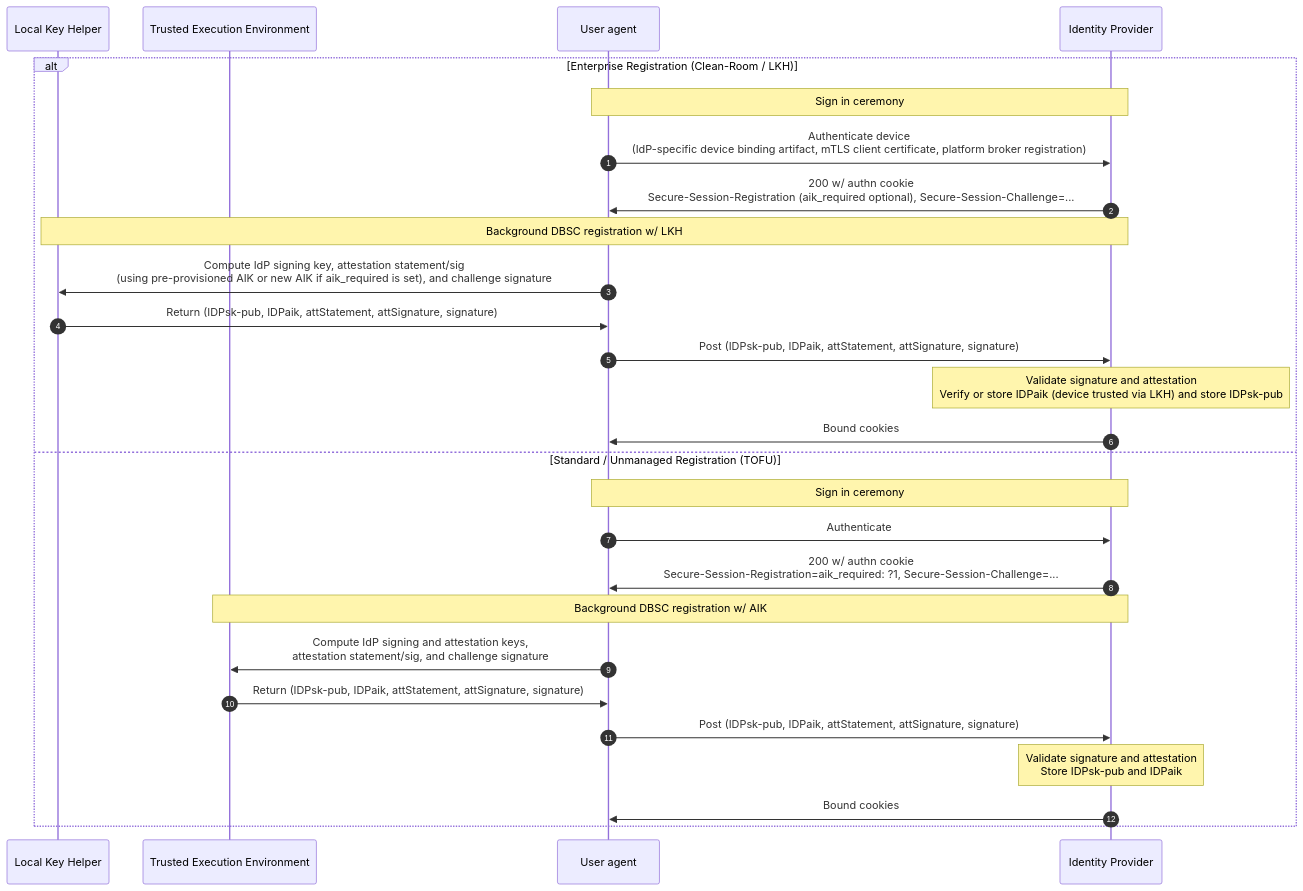
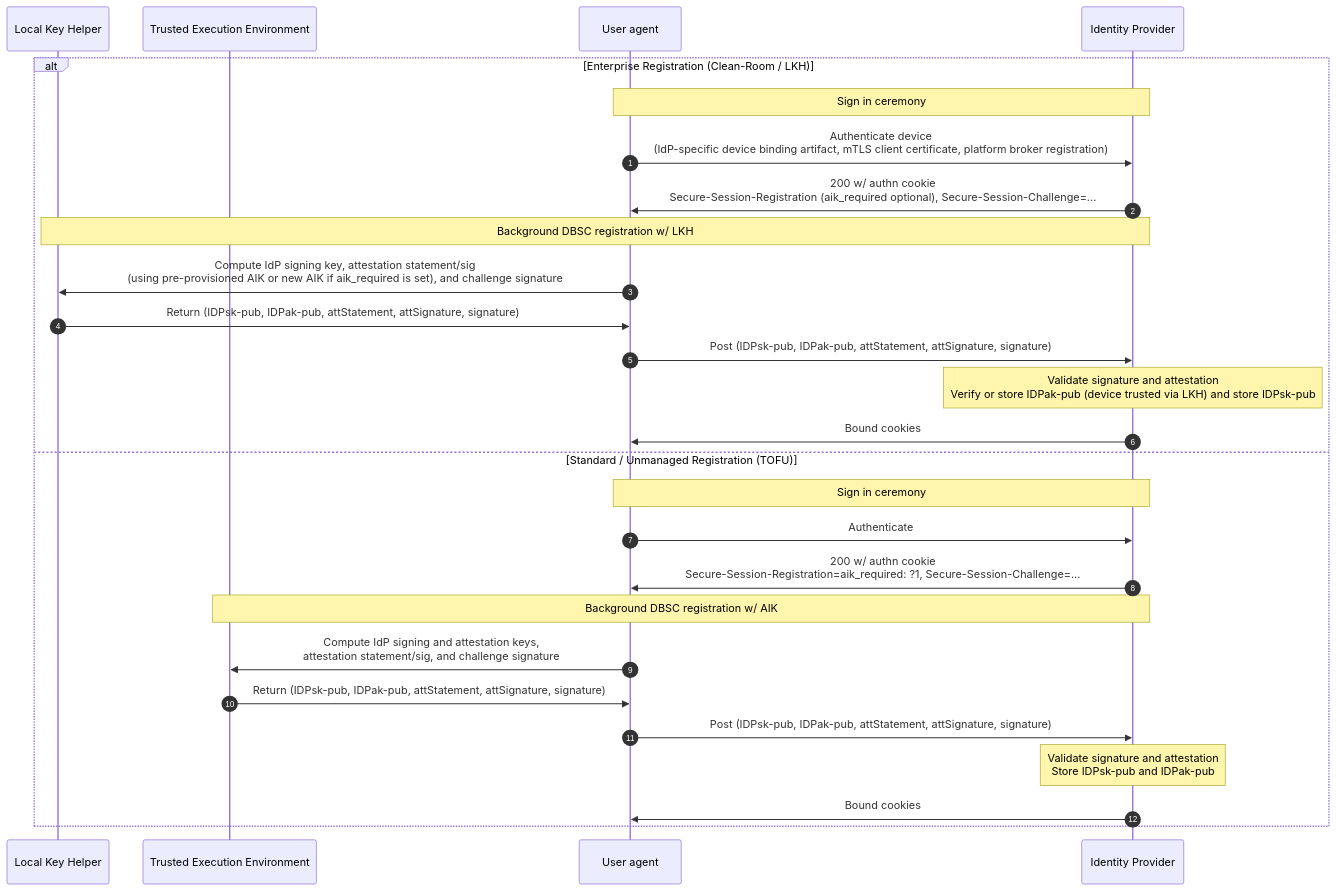
Before and after one commit to lucasrsant/dbsc-sso: the third of 4 diagrams in README.md, drawn with Mermaid. The commit also changed other lines of this file, not shown here.

Commit message:
Clarify IDPak-pub diagram notation and clean-room `alg`/`fmt` verification.
- Replace `IDPaik` with `IDPak-pub` in the IdP session initialization sequence
  diagram for symmetry with `IDPsk-pub`.
- Clarify in the Relying Party's session initialization section that at
  registration time, alg and fmt have no prior state to compare against when
  registering a new attestation key (`aik_required: ?1`), whereas on the
  clean-room path they are verified against the pre-provisioned enterprise
  device record.

````diff
--- a/README.md
+++ b/README.md
@@ -242,31 +242,31 @@
 ```mermaid
 sequenceDiagram
 	autonumber
 	
 	participant l as Local Key Helper
 	participant t as Trusted Execution Environment
 	participant u as User agent
 	participant i as Identity Provider
 	
 	alt Enterprise Registration (Clean-Room / LKH)
 		note over u, i: Sign in ceremony
 		u->>i: Authenticate device<br>(IdP-specific device binding artifact, mTLS client certificate, platform broker registration)
 		i->>u: 200 w/ authn cookie<br>Secure-Session-Registration (aik_required optional), Secure-Session-Challenge=...
 		note over i, l: Background DBSC registration w/ LKH
 		u->>l: Compute IdP signing key, attestation statement/sig<br>(using pre-provisioned AIK or new AIK if aik_required is set), and challenge signature
-		l->>u: Return (IDPsk-pub, IDPaik, attStatement, attSignature, signature)
-		u->>i: Post (IDPsk-pub, IDPaik, attStatement, attSignature, signature)
-		note over i: Validate signature and attestation<br>Verify or store IDPaik (device trusted via LKH) and store IDPsk-pub
+		l->>u: Return (IDPsk-pub, IDPak-pub, attStatement, attSignature, signature)
+		u->>i: Post (IDPsk-pub, IDPak-pub, attStatement, attSignature, signature)
+		note over i: Validate signature and attestation<br>Verify or store IDPak-pub (device trusted via LKH) and store IDPsk-pub
 		i->>u: Bound cookies
 	else Standard / Unmanaged Registration (TOFU)
 		note over u, i: Sign in ceremony
 		u->>i: Authenticate
 		i->>u: 200 w/ authn cookie<br>Secure-Session-Registration=aik_required: ?1, Secure-Session-Challenge=...
 		note over i, t: Background DBSC registration w/ AIK
 		u->>t: Compute IdP signing and attestation keys,<br>attestation statement/sig, and challenge signature
-		t->>u: Return (IDPsk-pub, IDPaik, attStatement, attSignature, signature)
-		u->>i: Post (IDPsk-pub, IDPaik, attStatement, attSignature, signature)
-		note over i: Validate signature and attestation<br>Store IDPsk-pub and IDPaik
+		t->>u: Return (IDPsk-pub, IDPak-pub, attStatement, attSignature, signature)
+		u->>i: Post (IDPsk-pub, IDPak-pub, attStatement, attSignature, signature)
+		note over i: Validate signature and attestation<br>Store IDPsk-pub and IDPak-pub
 		i->>u: Bound cookies
 	end
 ```
````
